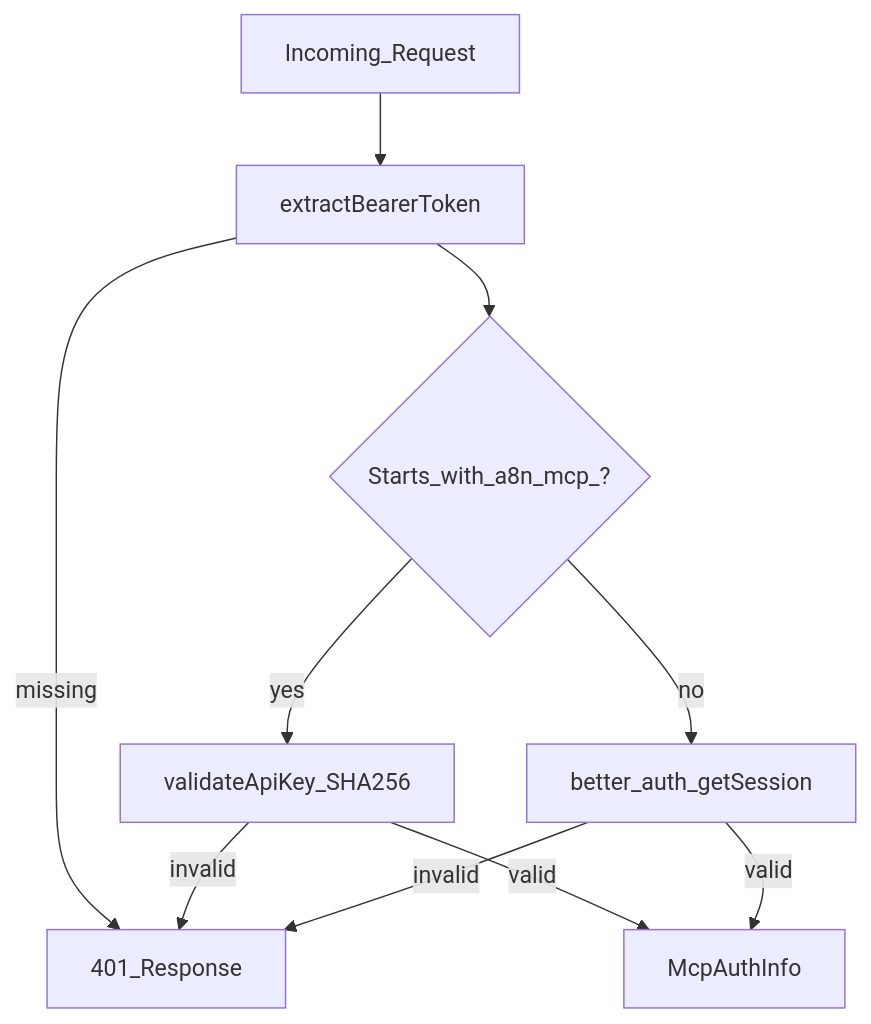
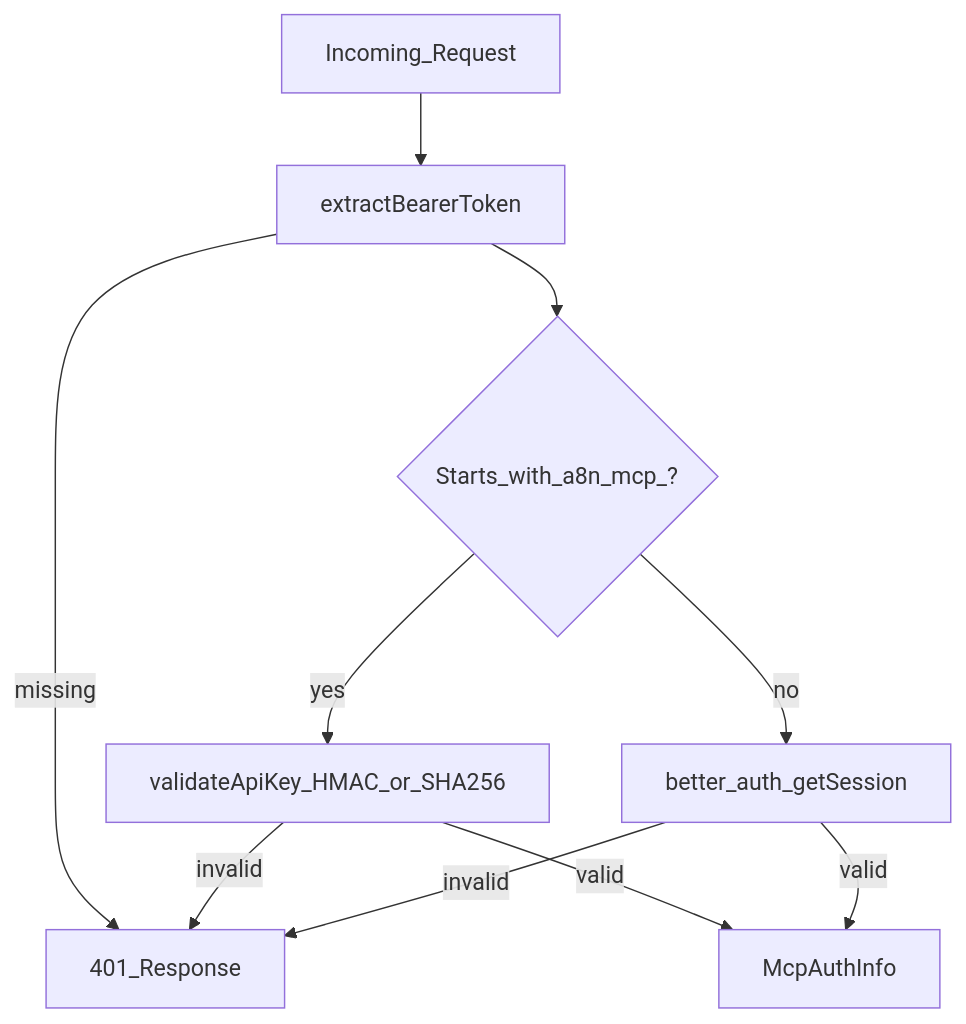
Before and after one commit to aditya-deokar/a8n: the first of 2 diagrams in docs/mcp/05-security-and-auth.md, drawn with Mermaid. The commit also changed other lines of this file and 138 other files, not shown here.

````diff
--- a/docs/mcp/05-security-and-auth.md
+++ b/docs/mcp/05-security-and-auth.md
@@ -27,20 +27,20 @@
 ```mermaid
 flowchart TD
   Request[Incoming_Request]
   Extract[extractBearerToken]
   Prefix{Starts_with_a8n_mcp_?}
-  ApiKey[validateApiKey_SHA256]
+  ApiKey[validateApiKey_HMAC_or_SHA256]
   Session[better_auth_getSession]
   AuthInfo[McpAuthInfo]
   Deny[401_Response]
 
   Request --> Extract
   Extract -->|missing| Deny
   Extract --> Prefix
   Prefix -->|yes| ApiKey
   Prefix -->|no| Session
   ApiKey -->|valid| AuthInfo
   ApiKey -->|invalid| Deny
   Session -->|valid| AuthInfo
   Session -->|invalid| Deny
 ```
````
